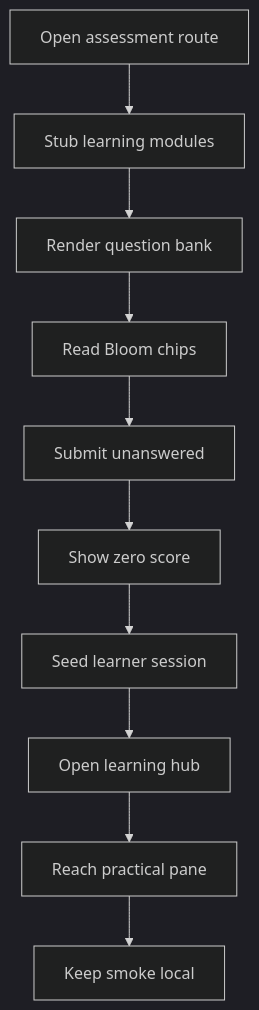
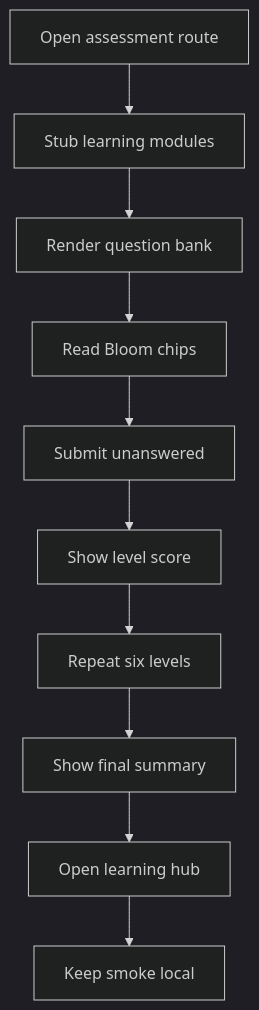
Before and after one commit to JohnAndrewBalbarosa/NeoTerritory: the diagram in docs/Codebase/Frontend/playwright/tests/learner-assessment.spec.ts.md, drawn with Mermaid (dark theme). The commit also changed other lines of this file and 16 other files, not shown here.

Commit message:
Fix sequential learner pretest flow

````diff
--- a/docs/Codebase/Frontend/playwright/tests/learner-assessment.spec.ts.md
+++ b/docs/Codebase/Frontend/playwright/tests/learner-assessment.spec.ts.md
@@ -13,14 +13,14 @@
 ```mermaid
 flowchart TD
     Start["Open assessment route"]
     N0["Stub learning modules"]
     N1["Render question bank"]
     N2["Read Bloom chips"]
     N3["Submit unanswered"]
-    N4["Show zero score"]
-    N5["Seed learner session"]
-    N6["Open learning hub"]
-    N7["Reach practical pane"]
+    N4["Show level score"]
+    N5["Repeat six levels"]
+    N6["Show final summary"]
+    N7["Open learning hub"]
     End["Keep smoke local"]
     Start --> N0 --> N1 --> N2 --> N3 --> N4 --> N5 --> N6 --> N7 --> End
 ```
````
